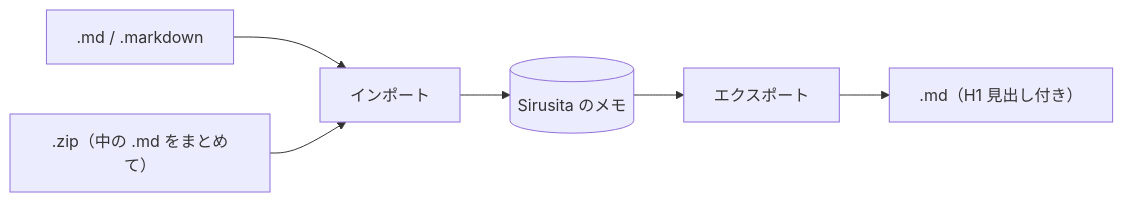
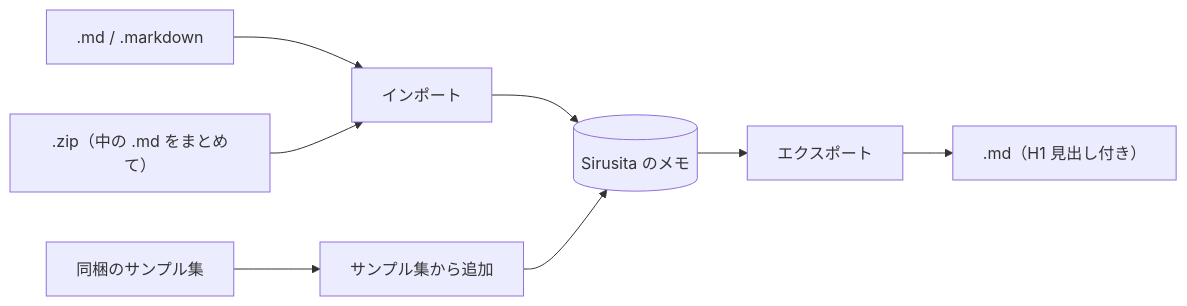
One commit to morststs/sirusita changed the second of 3 diagrams in contents/Sirusita の使い方.md. Above: the diagram before and after it, drawn with Mermaid. The commit also changed other lines of this file and 5 other files, not shown here.

First line of the commit message:
feat: コードブロックのコピーボタンを追加し、Mermaid の文字消えとボタンの見た目を修正

````diff
--- a/contents/Sirusita の使い方.md
+++ b/contents/Sirusita の使い方.md
@@ -99,8 +100,10 @@
 ```mermaid
 flowchart LR
     A[".md / .markdown"] --> I[インポート]
     Z[".zip（中の .md をまとめて）"] --> I
     I --> S[(Sirusita のメモ)]
+    P["同梱のサンプル集"] --> T[サンプル集から追加]
+    T --> S
     S --> E[エクスポート]
     E --> M[".md（H1 見出し付き）"]
 ```
````
